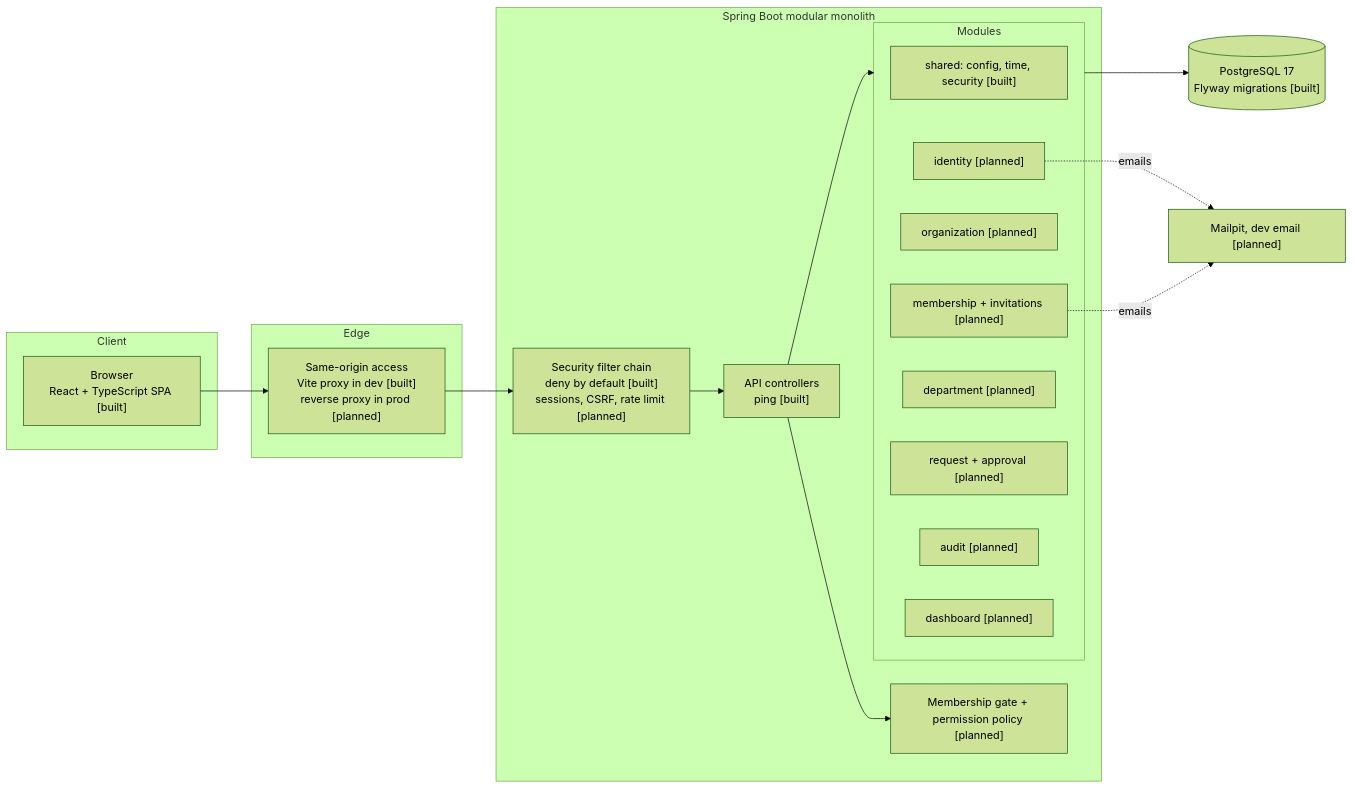
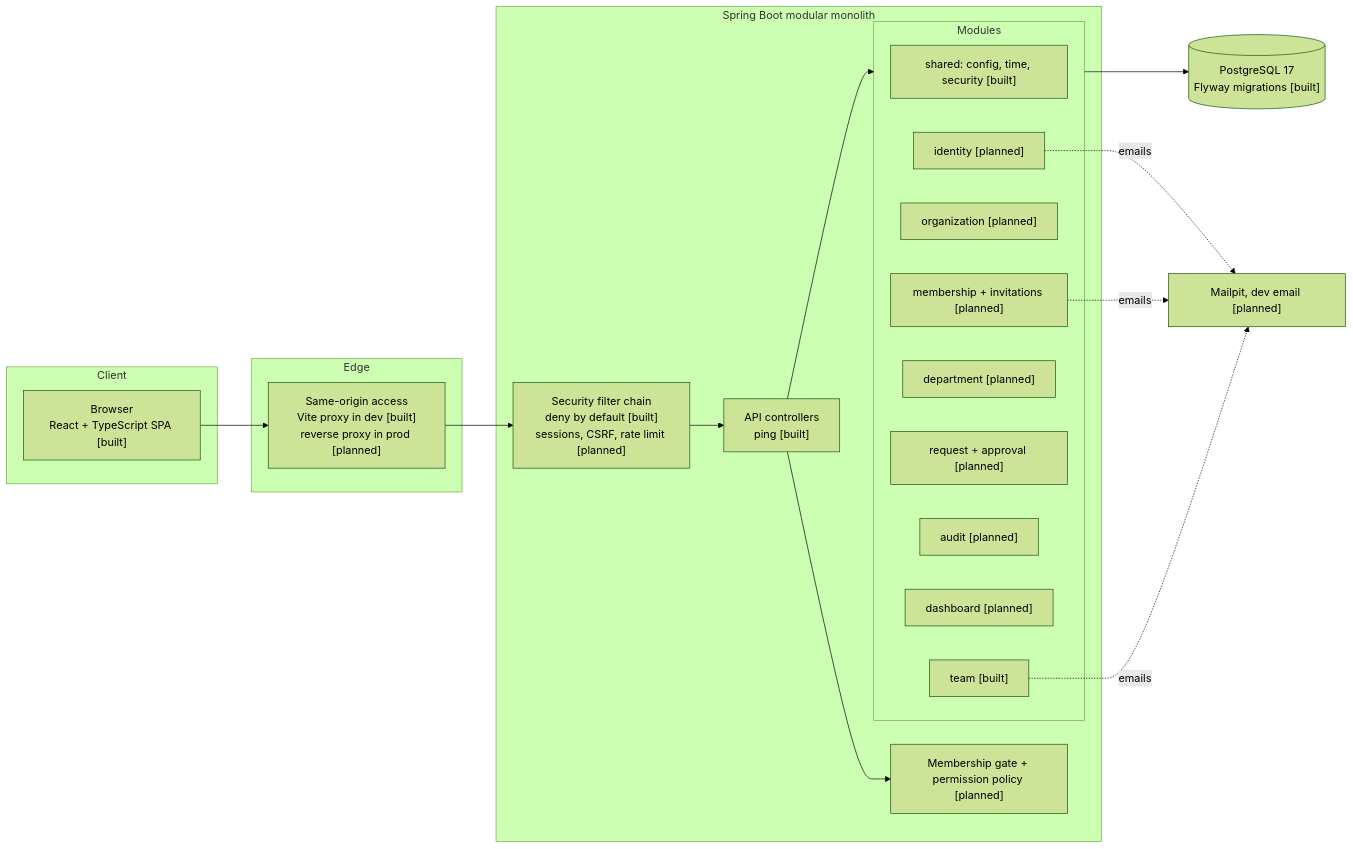
One commit to youssef-naj/nexus changed the diagram in docs/architecture.md. Above: the diagram before and after it, drawn with Mermaid (forest theme). The commit also changed 55 other files, not shown here.

Commit message:
feat(team): invitations with hashed single-use tokens, role-grant rules and acceptance flow

````diff
--- a/docs/architecture.md
+++ b/docs/architecture.md
@@ -9,32 +9,34 @@
 ```mermaid
 flowchart LR
     subgraph Client
         B["Browser<br/>React + TypeScript SPA [built]"]
     end
     subgraph Edge
         P["Same-origin access<br/>Vite proxy in dev [built]<br/>reverse proxy in prod [planned]"]
     end
     subgraph App["Spring Boot modular monolith"]
         SEC["Security filter chain<br/>deny by default [built]<br/>sessions, CSRF, rate limit [planned]"]
         API["API controllers<br/>ping [built]"]
         subgraph Modules
             SH["shared: config, time, security [built]"]
             ID["identity [planned]"]
             ORG["organization [planned]"]
             MEM["membership + invitations [planned]"]
             DEP["department [planned]"]
             REQ["request + approval [planned]"]
             AUD["audit [planned]"]
             DASH["dashboard [planned]"]
+            TEM["team [built]"]
         end
         AZ["Membership gate + permission policy [planned]"]
     end
     DB[("PostgreSQL 17<br/>Flyway migrations [built]")]
     MAIL["Mailpit, dev email [planned]"]
 
     B --> P --> SEC --> API --> AZ
     API --> Modules
     Modules --> DB
     ID -. emails .-> MAIL
     MEM -. emails .-> MAIL
+    TEM -. emails .-> MAIL
 ```
````
